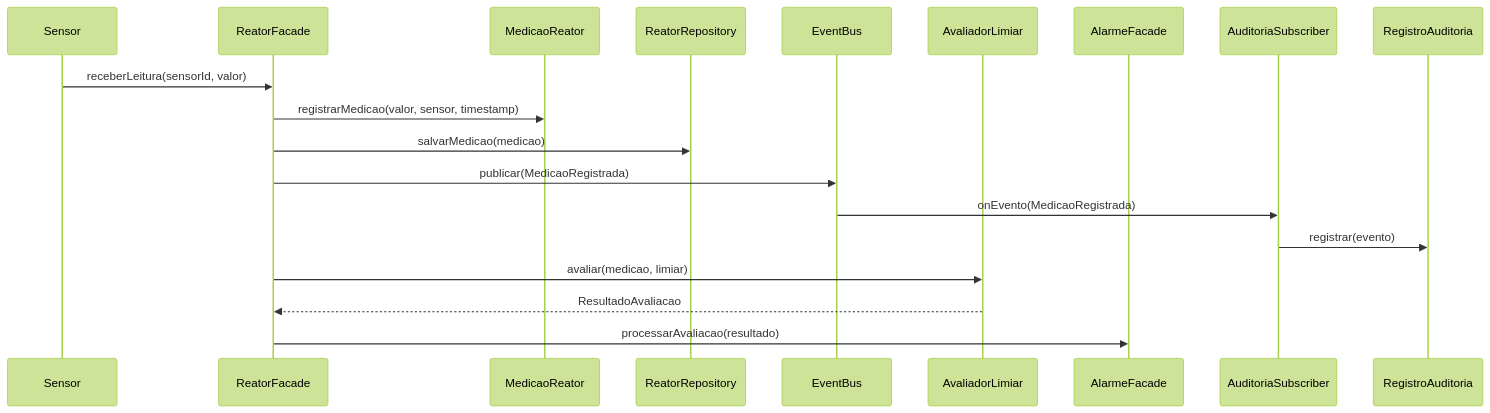
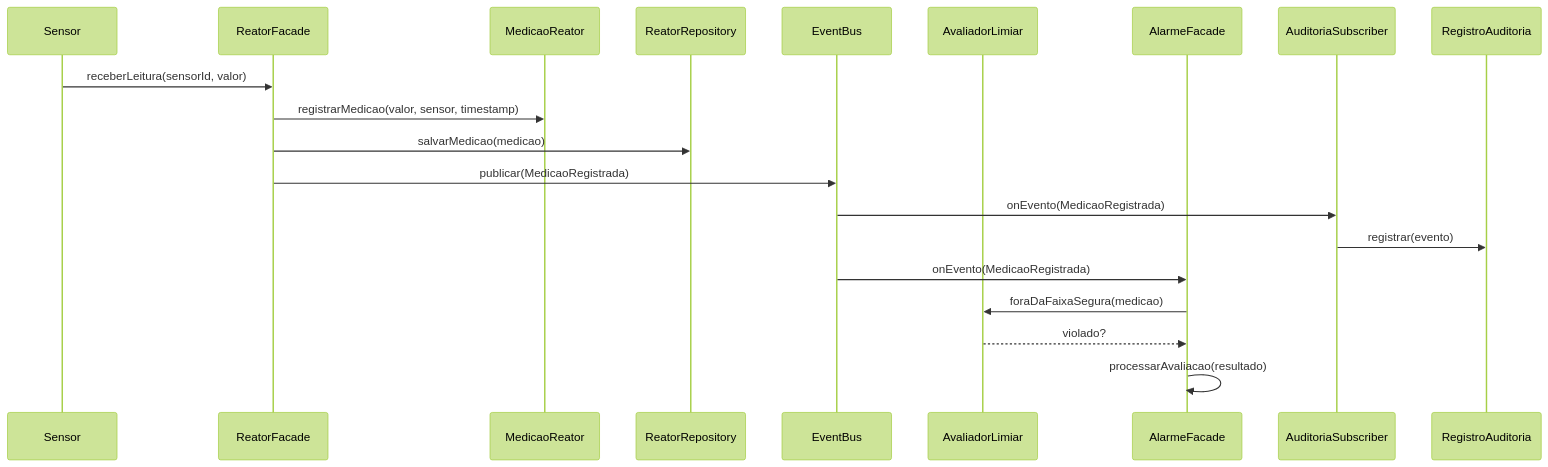
The first of 2 diagrams in docs/marco1/07-sequencias-mvp.md (rlampago22/RP-IV), drawn with Mermaid (forest theme) before and after one commit. The commit also changed other lines of this file and 9 other files, not shown here.

````diff
--- a/docs/marco1/07-sequencias-mvp.md
+++ b/docs/marco1/07-sequencias-mvp.md
@@ -14,22 +20,23 @@
 ```mermaid
 sequenceDiagram
   participant Sensor
   participant ReatorFacade
   participant MedicaoReator
   participant ReatorRepository
   participant EventBus
   participant AvaliadorLimiar
   participant AlarmeFacade
   participant AuditoriaSubscriber
   participant RegistroAuditoria
 
   Sensor->>ReatorFacade: receberLeitura(sensorId, valor)
   ReatorFacade->>MedicaoReator: registrarMedicao(valor, sensor, timestamp)
   ReatorFacade->>ReatorRepository: salvarMedicao(medicao)
   ReatorFacade->>EventBus: publicar(MedicaoRegistrada)
   EventBus->>AuditoriaSubscriber: onEvento(MedicaoRegistrada)
   AuditoriaSubscriber->>RegistroAuditoria: registrar(evento)
-  ReatorFacade->>AvaliadorLimiar: avaliar(medicao, limiar)
-  AvaliadorLimiar-->>ReatorFacade: ResultadoAvaliacao
-  ReatorFacade->>AlarmeFacade: processarAvaliacao(resultado)
+  EventBus->>AlarmeFacade: onEvento(MedicaoRegistrada)
+  AlarmeFacade->>AvaliadorLimiar: foraDaFaixaSegura(medicao)
+  AvaliadorLimiar-->>AlarmeFacade: violado?
+  AlarmeFacade->>AlarmeFacade: processarAvaliacao(resultado)
 ```
````
